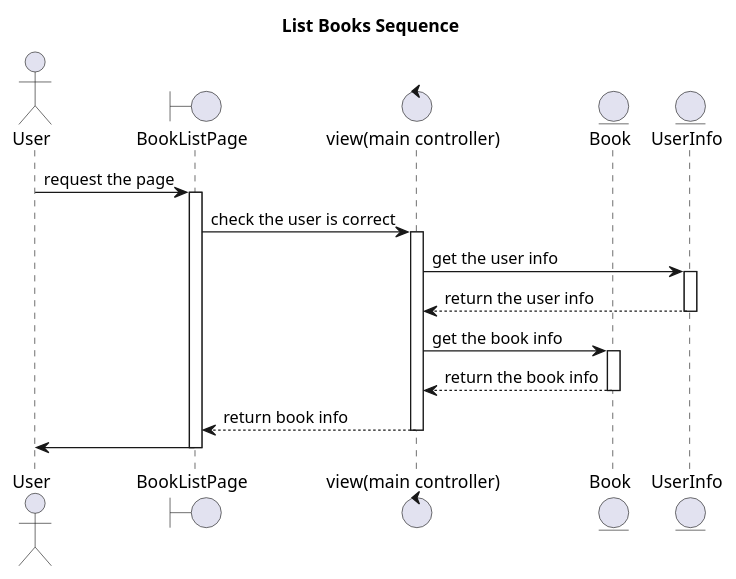
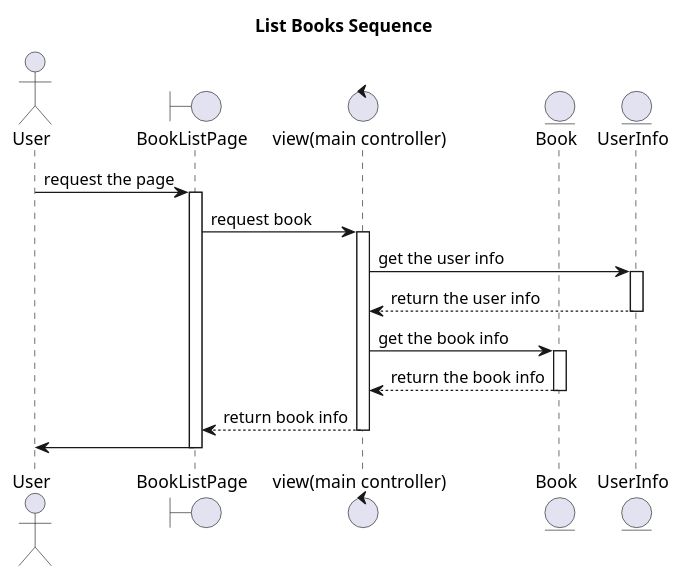
One commit to naist-sushi/sushi-library changed the first of 2 diagrams in docs/design/sequence.pu. Above: the diagram before and after it, drawn with PlantUML. The commit also changed other lines of this file, not shown here.

Commit message:
Fix sequence diagram

```diff
--- a/docs/design/sequence.pu
+++ b/docs/design/sequence.pu
@@ -1,29 +1,29 @@
 @startuml
 title List Books Sequence
 actor User
 
 boundary BookListPage
 
 control "view(main controller)" as controller
 
 entity Book
 entity UserInfo
 
 User -> BookListPage : request the page
 activate BookListPage
-BookListPage -> controller : check the user is correct
+BookListPage -> controller : request book
 activate controller
 controller -> UserInfo : get the user info
 activate UserInfo
 UserInfo --> controller : return the user info
 deactivate UserInfo
 controller -> Book : get the book info
 activate Book
 Book --> controller : return the book info
 deactivate Book
 controller --> BookListPage : return book info
 deactivate controller
 BookListPage -> User
 deactivate BookListPage
 
 @enduml
```
